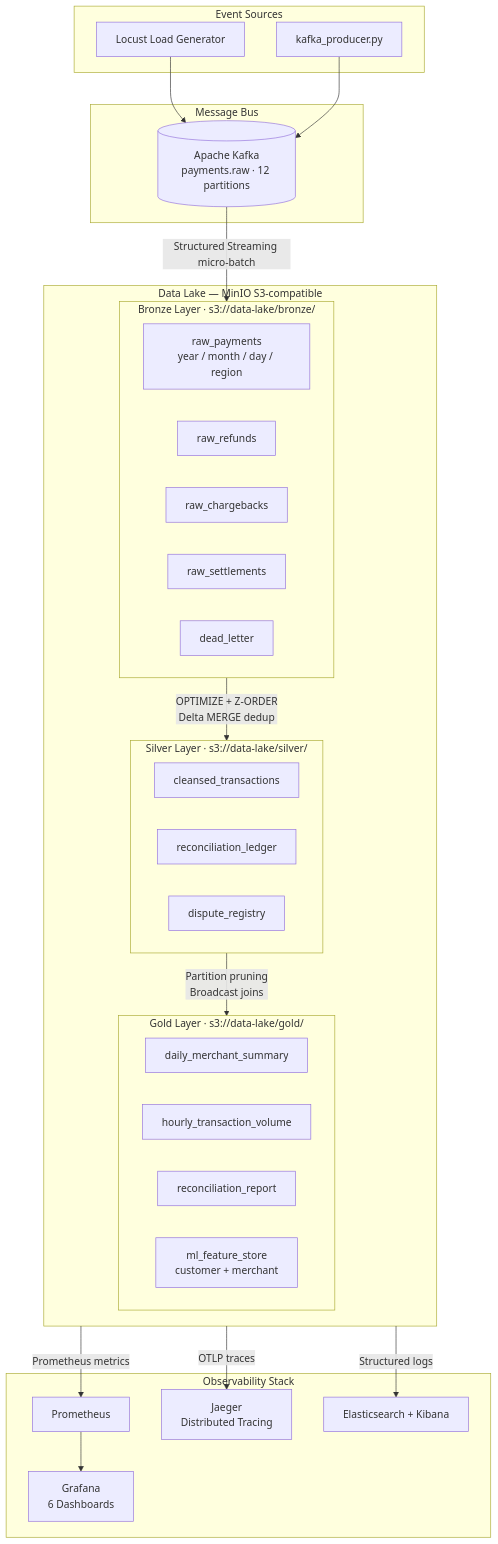
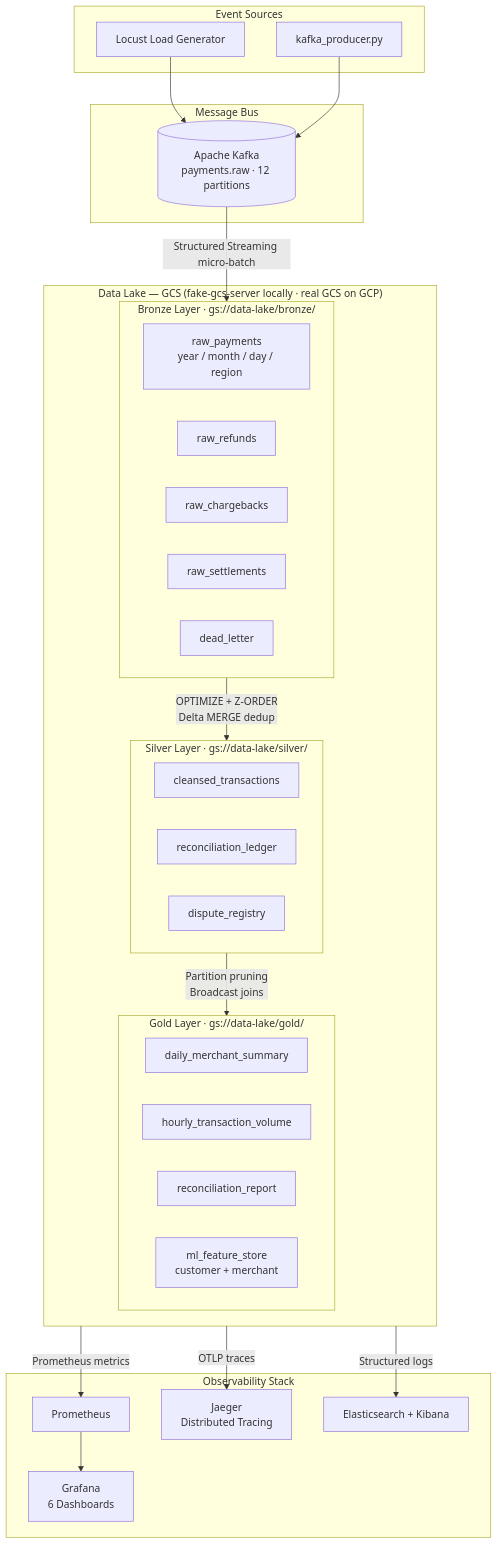
One commit to amudhan023/flux-lake-gcp changed the first of 5 diagrams in README.md. Above: the diagram before and after it, drawn with Mermaid. The commit also changed other lines of this file and 17 other files, not shown here.

First line of the commit message:
refactor: rename to FluxLakeGCP and replace MinIO with fake-gcs-server

````diff
--- a/README.md
+++ b/README.md
@@ -66,51 +66,51 @@
 ```mermaid
 flowchart TD
     subgraph SRC["Event Sources"]
         LP["Locust Load Generator"]
         KP["kafka_producer.py"]
     end
 
     subgraph MQ["Message Bus"]
         K[("Apache Kafka\npayments.raw · 12 partitions")]
     end
 
-    subgraph DL["Data Lake — MinIO S3-compatible"]
-        subgraph BL["Bronze Layer  ·  s3://data-lake/bronze/"]
+    subgraph DL["Data Lake — GCS (fake-gcs-server locally · real GCS on GCP)"]
+        subgraph BL["Bronze Layer  ·  gs://data-lake/bronze/"]
             B1["raw_payments\nyear / month / day / region"]
             B2["raw_refunds"]
             B3["raw_chargebacks"]
             B4["raw_settlements"]
             B5["dead_letter"]
         end
 
-        subgraph SL["Silver Layer  ·  s3://data-lake/silver/"]
+        subgraph SL["Silver Layer  ·  gs://data-lake/silver/"]
             S1["cleansed_transactions"]
             S2["reconciliation_ledger"]
             S3["dispute_registry"]
         end
 
-        subgraph GL["Gold Layer  ·  s3://data-lake/gold/"]
+        subgraph GL["Gold Layer  ·  gs://data-lake/gold/"]
             G1["daily_merchant_summary"]
             G2["hourly_transaction_volume"]
             G3["reconciliation_report"]
             G4["ml_feature_store\ncustomer + merchant"]
         end
     end
 
     subgraph OBS["Observability Stack"]
         P["Prometheus"]
         GR["Grafana\n6 Dashboards"]
         J["Jaeger\nDistributed Tracing"]
         ES["Elasticsearch + Kibana"]
     end
 
     LP --> K
     KP --> K
     K -->|"Structured Streaming micro-batch"| BL
     BL -->|"OPTIMIZE + Z-ORDER\nDelta MERGE dedup"| SL
     SL -->|"Partition pruning\nBroadcast joins"| GL
 
     DL -->|"Prometheus metrics"| P --> GR
     DL -->|"OTLP traces"| J
     DL -->|"Structured logs"| ES
 ```
````
